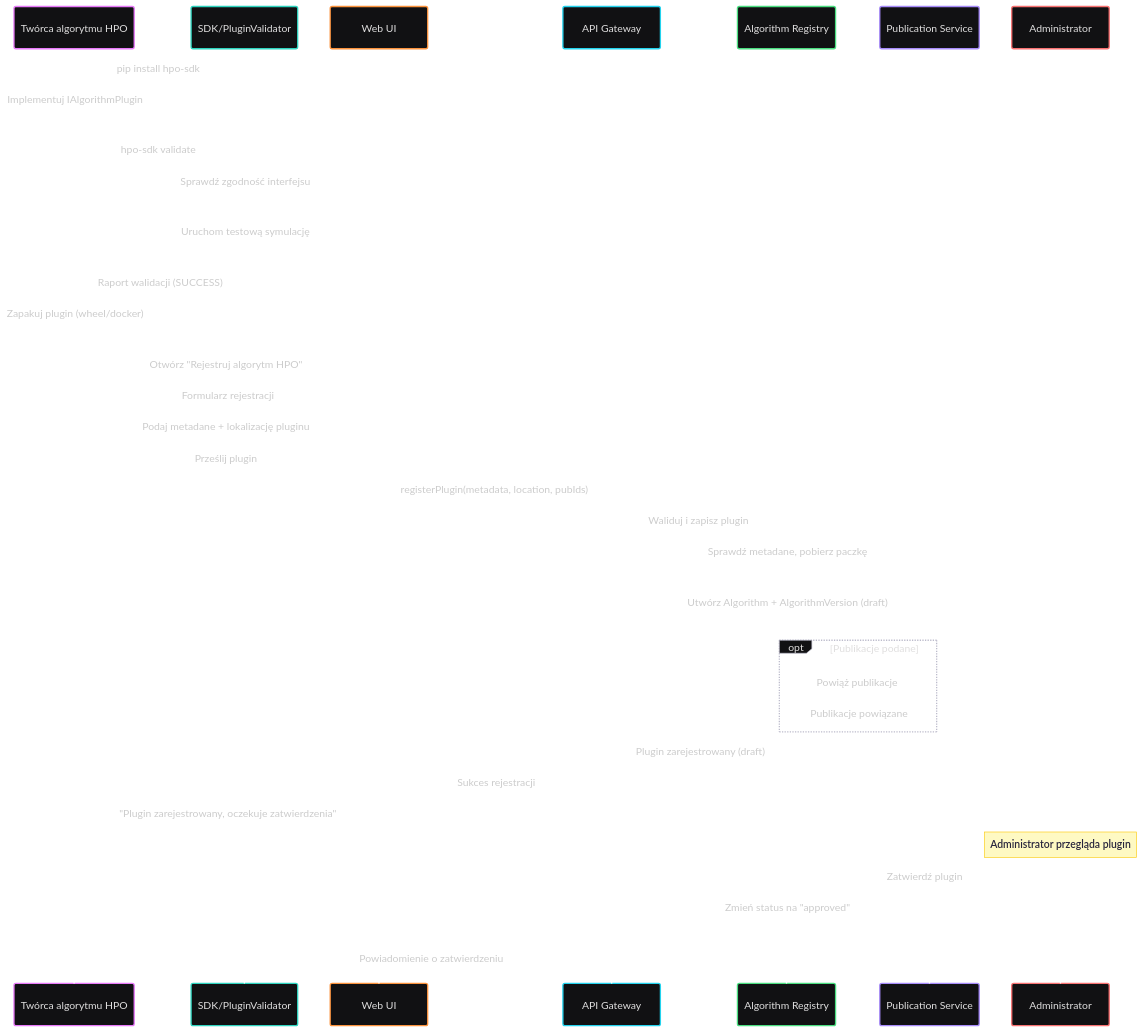
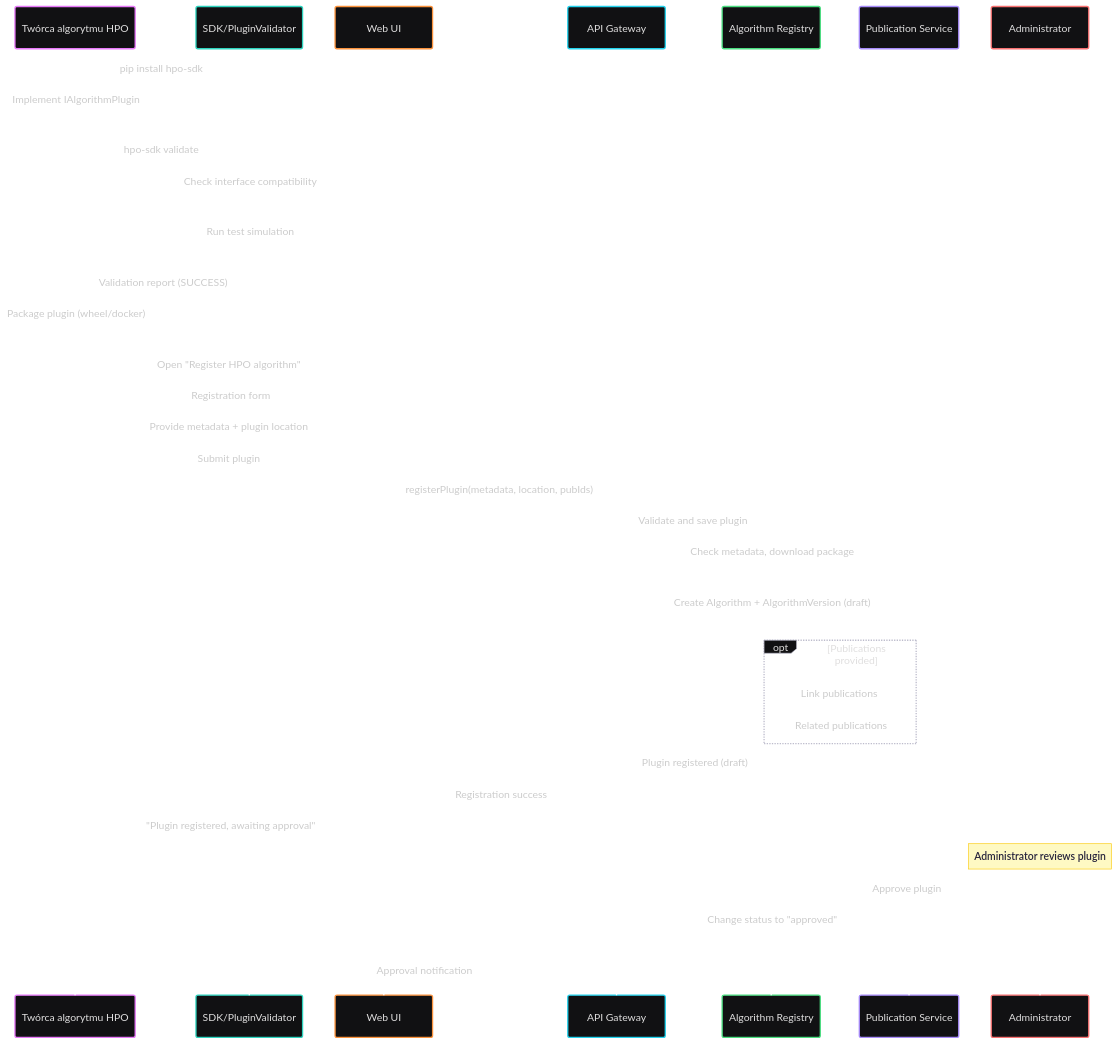
The ninth of 33 diagrams in docs/requirements/use-cases.md (jedrzejpolaczek/aviarium.corvidae.corvus_corone), drawn with Mermaid before and after one commit. The commit also changed other lines of this file and 21 other files, not shown here.

````diff
--- a/docs/requirements/use-cases.md
+++ b/docs/requirements/use-cases.md
@@ -433,40 +433,40 @@
 ```mermaid
 ---
 config:
   theme: redux-dark-color
 ---
 sequenceDiagram
     participant A2 as Twórca algorytmu HPO
     participant SDK as SDK/PluginValidator
     participant UI as Web UI
     participant API as API Gateway
     participant AR as Algorithm Registry
     participant PS as Publication Service
     participant A3 as Administrator
     A2->>SDK: pip install hpo-sdk
-    A2->>A2: Implementuj IAlgorithmPlugin
+    A2->>A2: Implement IAlgorithmPlugin
     A2->>SDK: hpo-sdk validate
-    SDK->>SDK: Sprawdź zgodność interfejsu
-    SDK->>SDK: Uruchom testową symulację
-    SDK-->>A2: Raport walidacji (SUCCESS)
-    A2->>A2: Zapakuj plugin (wheel/docker)
-    A2->>UI: Otwórz "Rejestruj algorytm HPO"
-    UI-->>A2: Formularz rejestracji
-    A2->>UI: Podaj metadane + lokalizację pluginu
-    A2->>UI: Prześlij plugin
+    SDK->>SDK: Check interface compatibility
+    SDK->>SDK: Run test simulation
+    SDK-->>A2: Validation report (SUCCESS)
+    A2->>A2: Package plugin (wheel/docker)
+    A2->>UI: Open "Register HPO algorithm"
+    UI-->>A2: Registration form
+    A2->>UI: Provide metadata + plugin location
+    A2->>UI: Submit plugin
     UI->>API: registerPlugin(metadata, location, pubIds)
-    API->>AR: Waliduj i zapisz plugin
-    AR->>AR: Sprawdź metadane, pobierz paczkę
-    AR->>AR: Utwórz Algorithm + AlgorithmVersion (draft)
-    opt Publikacje podane
-    AR->>PS: Powiąż publikacje
-    PS-->>AR: Publikacje powiązane
+    API->>AR: Validate and save plugin
+    AR->>AR: Check metadata, download package
+    AR->>AR: Create Algorithm + AlgorithmVersion (draft)
+    opt Publications provided
+    AR->>PS: Link publications
+    PS-->>AR: Related publications
     end
-    AR-->>API: Plugin zarejestrowany (draft)
-    API-->>UI: Sukces rejestracji
-    UI-->>A2: "Plugin zarejestrowany, oczekuje zatwierdzenia"
-    Note over A3: Administrator przegląda plugin
-    A3->>AR: Zatwierdź plugin
-    AR->>AR: Zmień status na "approved"
-    AR-->>A2: Powiadomienie o zatwierdzeniu
+    AR-->>API: Plugin registered (draft)
+    API-->>UI: Registration success
+    UI-->>A2: "Plugin registered, awaiting approval"
+    Note over A3: Administrator reviews plugin
+    A3->>AR: Approve plugin
+    AR->>AR: Change status to "approved"
+    AR-->>A2: Approval notification
 ```
````
